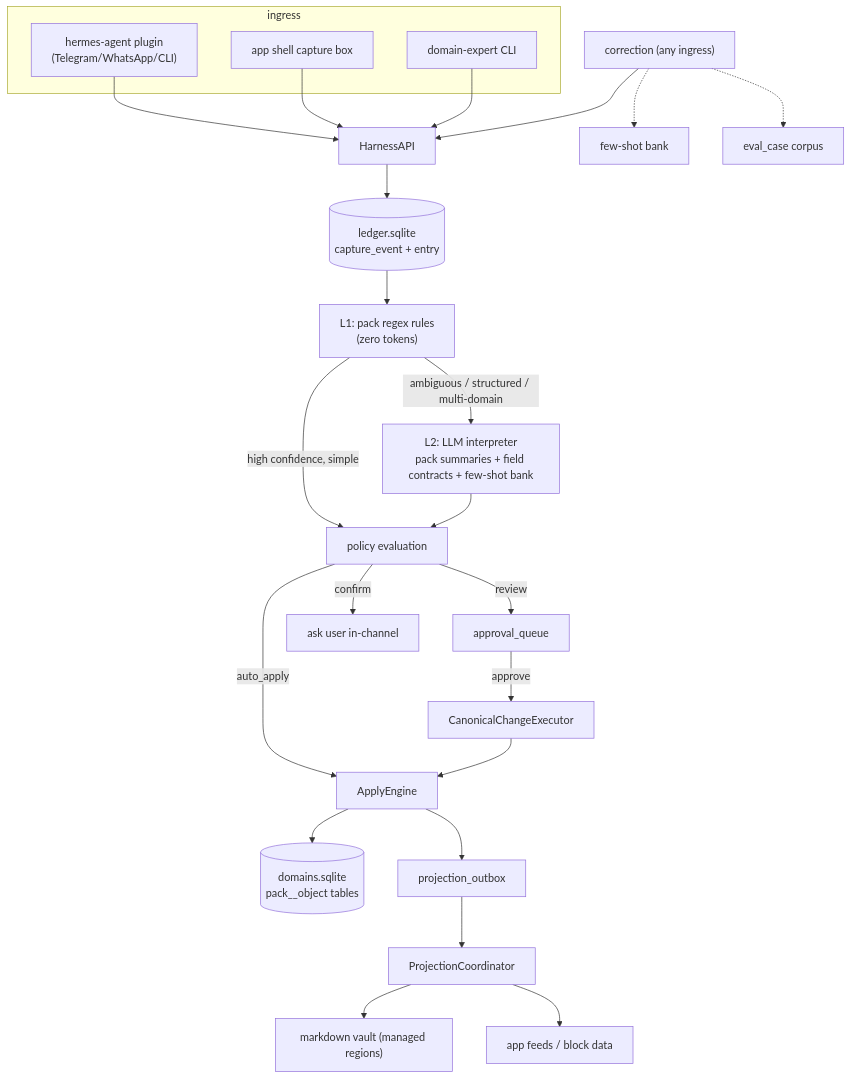
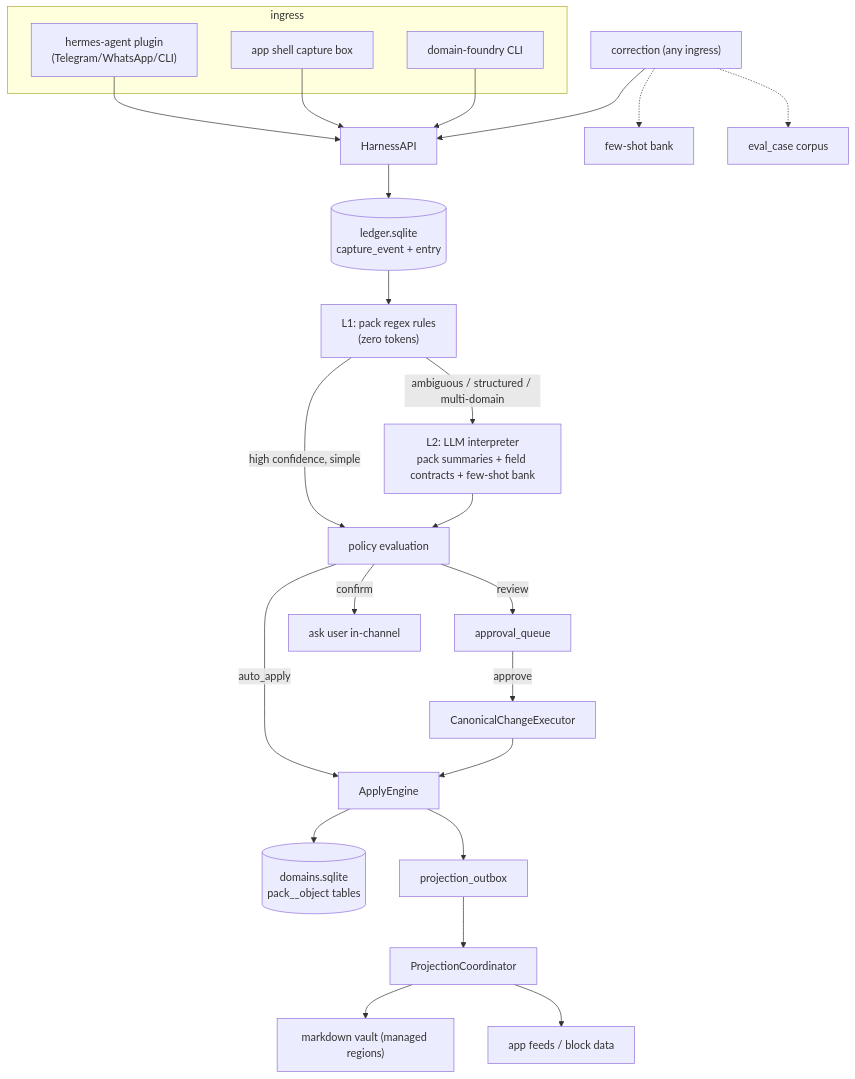
Before and after one commit to finnqiao/domain_foundry: the diagram in docs/architecture.md, drawn with Mermaid. The commit also changed other lines of this file and 192 other files, not shown here.

````diff
--- a/docs/architecture.md
+++ b/docs/architecture.md
@@ -9,29 +9,29 @@
 ```mermaid
 flowchart TD
     subgraph ingress
         TG["hermes-agent plugin<br/>(Telegram/WhatsApp/CLI)"]
         WEB["app shell capture box"]
-        CLI["domain-expert CLI"]
+        CLI["domain-foundry CLI"]
     end
     TG --> API["HarnessAPI"]
     WEB --> API
     CLI --> API
     API --> LED[("ledger.sqlite<br/>capture_event + entry")]
     LED --> R1["L1: pack regex rules<br/>(zero tokens)"]
     R1 -->|"high confidence, simple"| POL["policy evaluation"]
     R1 -->|"ambiguous / structured / multi-domain"| R2["L2: LLM interpreter<br/>pack summaries + field contracts + few-shot bank"]
     R2 --> POL
     POL -->|auto_apply| AE["ApplyEngine"]
     POL -->|review| AQ["approval_queue"]
     POL -->|confirm| CH["ask user in-channel"]
     AQ -->|approve| EXEC["CanonicalChangeExecutor"]
     EXEC --> AE
     AE --> DOM[("domains.sqlite<br/>pack__object tables")]
     AE --> PO["projection_outbox"]
     PO --> PC["ProjectionCoordinator"]
     PC --> MD["markdown vault (managed regions)"]
     PC --> FEED["app feeds / block data"]
     CORR["correction (any ingress)"] --> API
     CORR -.-> FS["few-shot bank"]
     CORR -.-> EC["eval_case corpus"]
 ```
````
